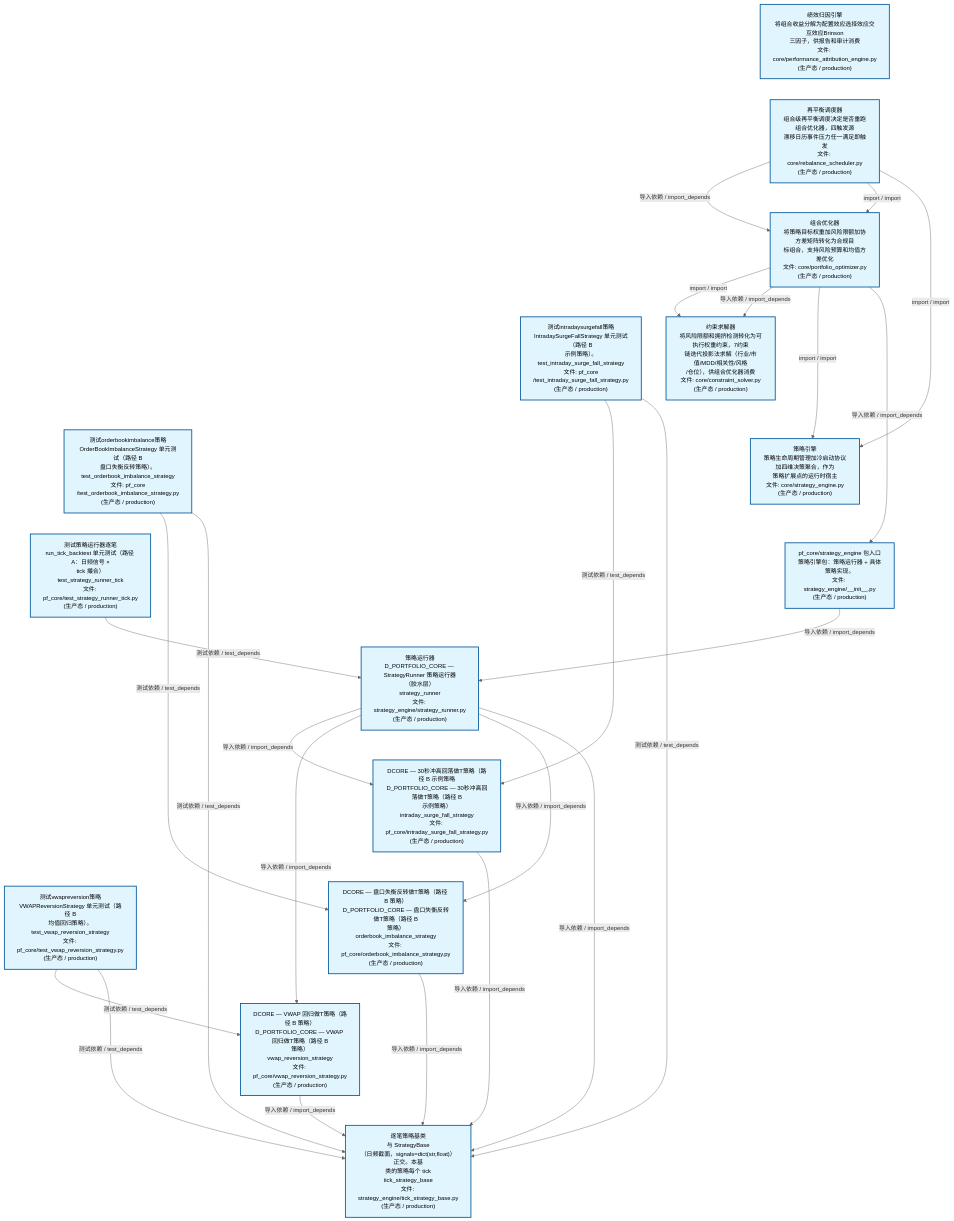
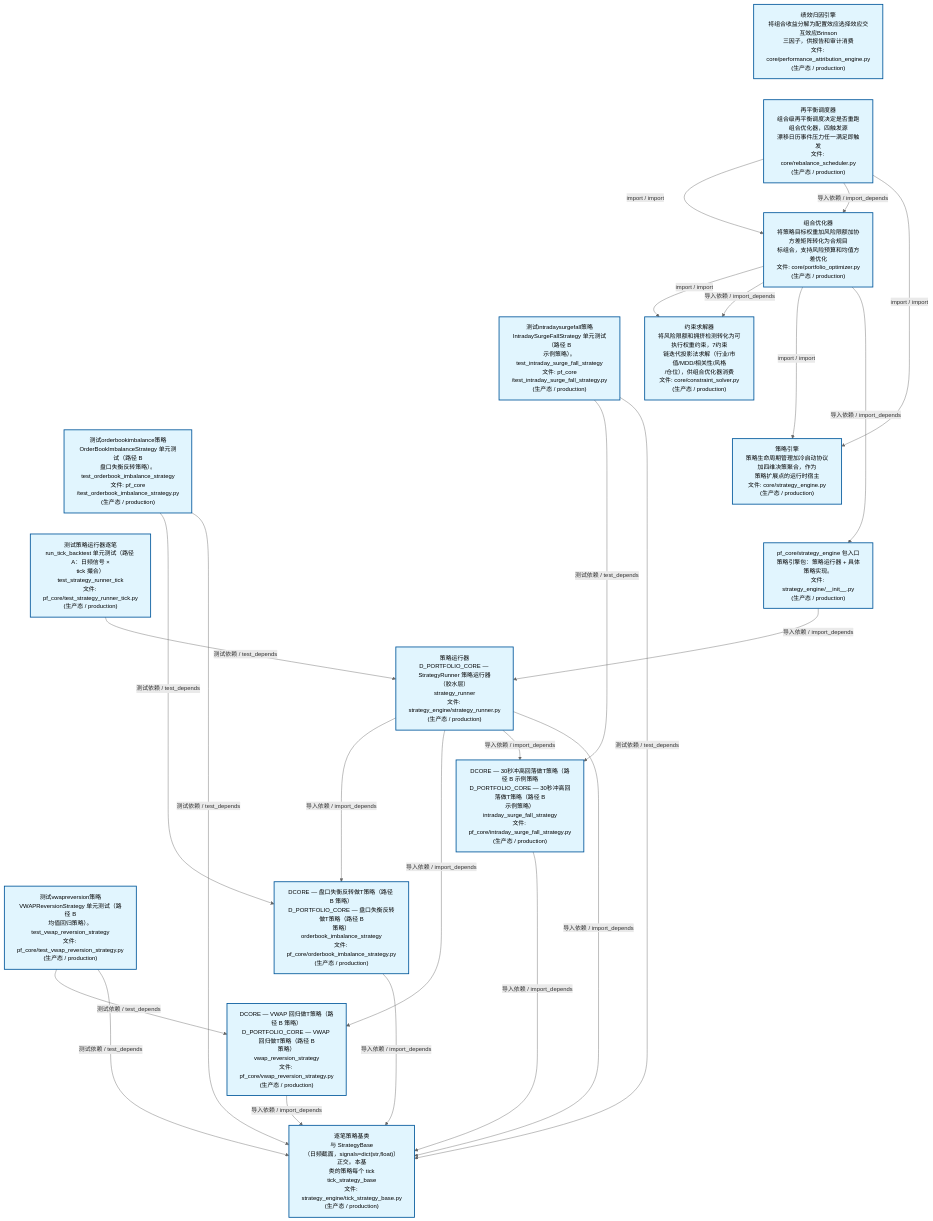
One commit to xuanFelixVan/ZephyrAlpha changed the second of 4 diagrams in docs/02_enterprise_architecture/02_domain_architecture_docs/63_d_pf_core.md. Above: the diagram before and after it, drawn with Mermaid. The commit also changed other lines of this file and 41 other files, not shown here.

````diff
--- a/docs/02_enterprise_architecture/02_domain_architecture_docs/63_d_pf_core.md
+++ b/docs/02_enterprise_architecture/02_domain_architecture_docs/63_d_pf_core.md
@@ -140,55 +140,55 @@
 ```mermaid
 %%{init: {'theme': 'base', 'themeVariables': {'primaryColor': '#eaeaea', 'primaryTextColor': '#333333', 'primaryBorderColor': '#666666', 'lineColor': '#666666', 'secondaryColor': '#eaeaea', 'tertiaryColor': '#eaeaea', 'fontSize': '14px'}}}%%
 flowchart TD
     src_zephyr_pf_core_core_performance_attribution_engine_py["绩效归因引擎<br/>将组合收益分解为配置效应选择效应交互效应Brinson<br/>三因子，供报告和审计消费<br/>文件: core/performance_attribution_engine.py<br/>(生产态 / production)"]
     src_zephyr_pf_core_core_rebalance_scheduler_py["再平衡调度器<br/>组合级再平衡调度决定是否重跑组合优化器，四触发源<br/>漂移日历事件压力任一满足即触发<br/>文件: core/rebalance_scheduler.py<br/>(生产态 / production)"]
     tests_pf_core_test_intraday_surge_fall_strategy_py["测试intradaysurgefall策略<br/>IntradaySurgeFallStrategy 单元测试（路径 B<br/>示例策略）。<br/>test_intraday_surge_fall_strategy<br/>文件: pf_core<br/>/test_intraday_surge_fall_strategy.py<br/>(生产态 / production)"]
     tests_pf_core_test_orderbook_imbalance_strategy_py["测试orderbookimbalance策略<br/>OrderBookImbalanceStrategy 单元测试（路径 B<br/>盘口失衡反转策略）。<br/>test_orderbook_imbalance_strategy<br/>文件: pf_core<br/>/test_orderbook_imbalance_strategy.py<br/>(生产态 / production)"]
     tests_pf_core_test_strategy_runner_tick_py["测试策略运行器逐笔<br/>run_tick_backtest 单元测试（路径 A：日频信号 ×<br/>tick 撮合）<br/>test_strategy_runner_tick<br/>文件: pf_core/test_strategy_runner_tick.py<br/>(生产态 / production)"]
     tests_pf_core_test_vwap_reversion_strategy_py["测试vwapreversion策略<br/>VWAPReversionStrategy 单元测试（路径 B<br/>均值回归策略）。<br/>test_vwap_reversion_strategy<br/>文件: pf_core/test_vwap_reversion_strategy.py<br/>(生产态 / production)"]
     src_zephyr_pf_core_core_performance_attribution_engine_py ~~~ src_zephyr_pf_core_core_rebalance_scheduler_py
     src_zephyr_pf_core_core_rebalance_scheduler_py ~~~ tests_pf_core_test_intraday_surge_fall_strategy_py
     tests_pf_core_test_intraday_surge_fall_strategy_py ~~~ tests_pf_core_test_orderbook_imbalance_strategy_py
     tests_pf_core_test_orderbook_imbalance_strategy_py ~~~ tests_pf_core_test_strategy_runner_tick_py
     tests_pf_core_test_strategy_runner_tick_py ~~~ tests_pf_core_test_vwap_reversion_strategy_py
     src_zephyr_pf_core_core_portfolio_optimizer_py["组合优化器<br/>将策略目标权重加风险限额加协方差矩阵转化为合规目<br/>标组合，支持风险预算和均值方差优化<br/>文件: core/portfolio_optimizer.py<br/>(生产态 / production)"]
     src_zephyr_pf_core_core_constraint_solver_py["约束求解器<br/>将风险限额和拥挤检测转化为可执行权重约束，7约束<br/>链迭代投影法求解（行业/市值/MDD/相关性/风格<br/>/仓位），供组合优化器消费<br/>文件: core/constraint_solver.py<br/>(生产态 / production)"]
     src_zephyr_pf_core_core_strategy_engine_py["策略引擎<br/>策略生命周期管理加冷启动协议加四维决策聚合，作为<br/>策略扩展点的运行时宿主<br/>文件: core/strategy_engine.py<br/>(生产态 / production)"]
     src_zephyr_pf_core_strategy_engine_init_py["pf_core/strategy_engine 包入口<br/>策略引擎包：策略运行器 + 具体策略实现。<br/>文件: strategy_engine/__init__.py<br/>(生产态 / production)"]
     src_zephyr_pf_core_core_constraint_solver_py ~~~ src_zephyr_pf_core_core_strategy_engine_py
     src_zephyr_pf_core_core_strategy_engine_py ~~~ src_zephyr_pf_core_strategy_engine_init_py
     src_zephyr_pf_core_strategy_engine_strategy_runner_py["策略运行器<br/>D_PORTFOLIO_CORE — StrategyRunner 策略运行器<br/>（胶水层）<br/>strategy_runner<br/>文件: strategy_engine/strategy_runner.py<br/>(生产态 / production)"]
     src_zephyr_pf_core_intraday_surge_fall_strategy_py["DCORE — 30秒冲高回落做T策略（路径 B 示例策略<br/>D_PORTFOLIO_CORE — 30秒冲高回落做T策略（路径 B<br/>示例策略）<br/>intraday_surge_fall_strategy<br/>文件: pf_core/intraday_surge_fall_strategy.py<br/>(生产态 / production)"]
     src_zephyr_pf_core_orderbook_imbalance_strategy_py["DCORE — 盘口失衡反转做T策略（路径 B 策略）<br/>D_PORTFOLIO_CORE — 盘口失衡反转做T策略（路径 B<br/>策略）<br/>orderbook_imbalance_strategy<br/>文件: pf_core/orderbook_imbalance_strategy.py<br/>(生产态 / production)"]
     src_zephyr_pf_core_vwap_reversion_strategy_py["DCORE — VWAP 回归做T策略（路径 B 策略）<br/>D_PORTFOLIO_CORE — VWAP 回归做T策略（路径 B<br/>策略）<br/>vwap_reversion_strategy<br/>文件: pf_core/vwap_reversion_strategy.py<br/>(生产态 / production)"]
     src_zephyr_pf_core_intraday_surge_fall_strategy_py ~~~ src_zephyr_pf_core_orderbook_imbalance_strategy_py
     src_zephyr_pf_core_orderbook_imbalance_strategy_py ~~~ src_zephyr_pf_core_vwap_reversion_strategy_py
     src_zephyr_pf_core_strategy_engine_tick_strategy_base_py["逐笔策略基类<br/>与 StrategyBase<br/>（日频截面，signals=dict(str,float)）正交。本基<br/>类的策略每个 tick<br/>tick_strategy_base<br/>文件: strategy_engine/tick_strategy_base.py<br/>(生产态 / production)"]
+    src_zephyr_pf_core_orderbook_imbalance_strategy_py -->|导入依赖 / import_depends| src_zephyr_pf_core_strategy_engine_tick_strategy_base_py
+    src_zephyr_pf_core_vwap_reversion_strategy_py -->|导入依赖 / import_depends| src_zephyr_pf_core_strategy_engine_tick_strategy_base_py
     src_zephyr_pf_core_intraday_surge_fall_strategy_py -->|导入依赖 / import_depends| src_zephyr_pf_core_strategy_engine_tick_strategy_base_py
-    src_zephyr_pf_core_vwap_reversion_strategy_py -->|导入依赖 / import_depends| src_zephyr_pf_core_strategy_engine_tick_strategy_base_py
-    src_zephyr_pf_core_orderbook_imbalance_strategy_py -->|导入依赖 / import_depends| src_zephyr_pf_core_strategy_engine_tick_strategy_base_py
-    src_zephyr_pf_core_core_rebalance_scheduler_py -->|导入依赖 / import_depends| src_zephyr_pf_core_core_portfolio_optimizer_py
-    src_zephyr_pf_core_core_rebalance_scheduler_py -->|import / import| src_zephyr_pf_core_core_portfolio_optimizer_py
-    src_zephyr_pf_core_core_rebalance_scheduler_py -->|import / import| src_zephyr_pf_core_core_strategy_engine_py
     src_zephyr_pf_core_core_portfolio_optimizer_py -->|import / import| src_zephyr_pf_core_core_constraint_solver_py
     src_zephyr_pf_core_core_portfolio_optimizer_py -->|导入依赖 / import_depends| src_zephyr_pf_core_core_constraint_solver_py
     src_zephyr_pf_core_core_portfolio_optimizer_py -->|import / import| src_zephyr_pf_core_core_strategy_engine_py
     src_zephyr_pf_core_core_portfolio_optimizer_py -->|导入依赖 / import_depends| src_zephyr_pf_core_strategy_engine_init_py
+    src_zephyr_pf_core_strategy_engine_strategy_runner_py -->|导入依赖 / import_depends| src_zephyr_pf_core_orderbook_imbalance_strategy_py
+    src_zephyr_pf_core_strategy_engine_strategy_runner_py -->|导入依赖 / import_depends| src_zephyr_pf_core_vwap_reversion_strategy_py
     src_zephyr_pf_core_strategy_engine_strategy_runner_py -->|导入依赖 / import_depends| src_zephyr_pf_core_intraday_surge_fall_strategy_py
-    src_zephyr_pf_core_strategy_engine_strategy_runner_py -->|导入依赖 / import_depends| src_zephyr_pf_core_vwap_reversion_strategy_py
-    src_zephyr_pf_core_strategy_engine_strategy_runner_py -->|导入依赖 / import_depends| src_zephyr_pf_core_orderbook_imbalance_strategy_py
     src_zephyr_pf_core_strategy_engine_strategy_runner_py -->|导入依赖 / import_depends| src_zephyr_pf_core_strategy_engine_tick_strategy_base_py
     src_zephyr_pf_core_strategy_engine_init_py -->|导入依赖 / import_depends| src_zephyr_pf_core_strategy_engine_strategy_runner_py
+    src_zephyr_pf_core_core_rebalance_scheduler_py -->|import / import| src_zephyr_pf_core_core_portfolio_optimizer_py
+    src_zephyr_pf_core_core_rebalance_scheduler_py -->|导入依赖 / import_depends| src_zephyr_pf_core_core_portfolio_optimizer_py
+    src_zephyr_pf_core_core_rebalance_scheduler_py -->|import / import| src_zephyr_pf_core_core_strategy_engine_py
+    tests_pf_core_test_orderbook_imbalance_strategy_py -->|测试依赖 / test_depends| src_zephyr_pf_core_orderbook_imbalance_strategy_py
+    tests_pf_core_test_orderbook_imbalance_strategy_py -->|测试依赖 / test_depends| src_zephyr_pf_core_strategy_engine_tick_strategy_base_py
     tests_pf_core_test_intraday_surge_fall_strategy_py -->|测试依赖 / test_depends| src_zephyr_pf_core_intraday_surge_fall_strategy_py
     tests_pf_core_test_intraday_surge_fall_strategy_py -->|测试依赖 / test_depends| src_zephyr_pf_core_strategy_engine_tick_strategy_base_py
-    tests_pf_core_test_orderbook_imbalance_strategy_py -->|测试依赖 / test_depends| src_zephyr_pf_core_orderbook_imbalance_strategy_py
-    tests_pf_core_test_orderbook_imbalance_strategy_py -->|测试依赖 / test_depends| src_zephyr_pf_core_strategy_engine_tick_strategy_base_py
     tests_pf_core_test_strategy_runner_tick_py -->|测试依赖 / test_depends| src_zephyr_pf_core_strategy_engine_strategy_runner_py
     tests_pf_core_test_vwap_reversion_strategy_py -->|测试依赖 / test_depends| src_zephyr_pf_core_vwap_reversion_strategy_py
     tests_pf_core_test_vwap_reversion_strategy_py -->|测试依赖 / test_depends| src_zephyr_pf_core_strategy_engine_tick_strategy_base_py
     classDef production fill:#e1f5fe,stroke:#01579b,stroke-width:2px,color:#000
     classDef design fill:#fff3e0,stroke:#e65100,stroke-width:2px,color:#000,stroke-dasharray: 5 5
     classDef external_prod fill:#e8f4fd,stroke:#0277bd,stroke-width:1px,color:#000
     classDef external_design fill:#fff8e7,stroke:#ef6c00,stroke-width:1px,color:#000,stroke-dasharray: 5 5
     class src_zephyr_pf_core_core_constraint_solver_py,src_zephyr_pf_core_core_performance_attribution_engine_py,src_zephyr_pf_core_core_portfolio_optimizer_py,src_zephyr_pf_core_core_rebalance_scheduler_py,src_zephyr_pf_core_core_strategy_engine_py,src_zephyr_pf_core_intraday_surge_fall_strategy_py,src_zephyr_pf_core_orderbook_imbalance_strategy_py,src_zephyr_pf_core_strategy_engine_init_py,src_zephyr_pf_core_strategy_engine_strategy_runner_py,src_zephyr_pf_core_strategy_engine_tick_strategy_base_py,src_zephyr_pf_core_vwap_reversion_strategy_py,tests_pf_core_test_intraday_surge_fall_strategy_py,tests_pf_core_test_orderbook_imbalance_strategy_py,tests_pf_core_test_strategy_runner_tick_py,tests_pf_core_test_vwap_reversion_strategy_py production
 ```
````
